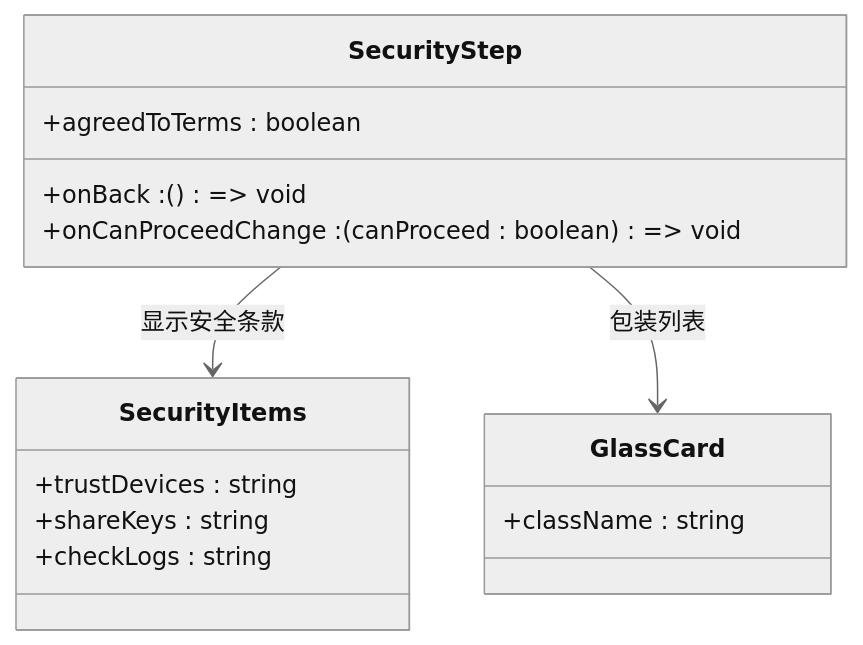
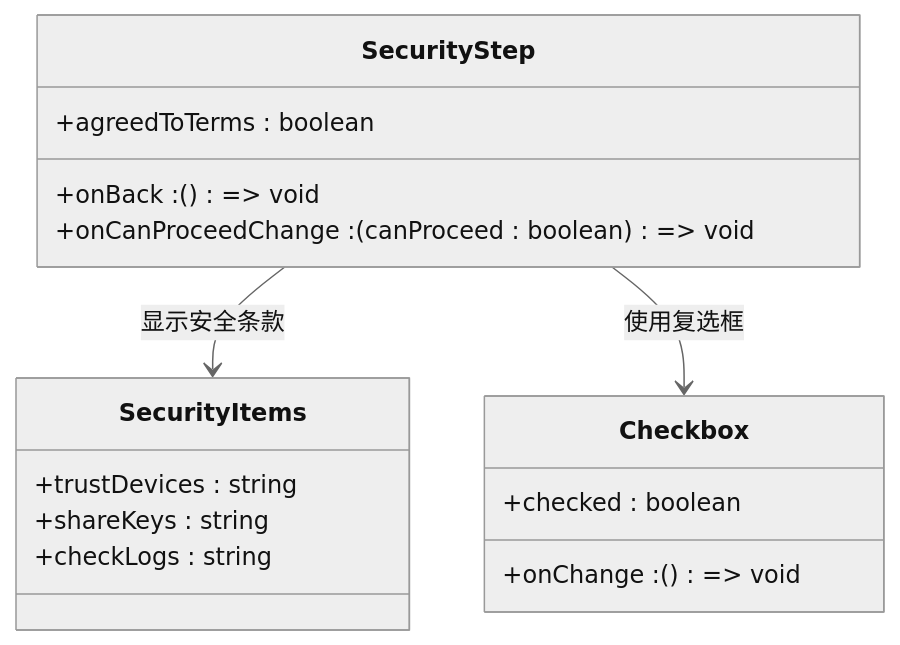
The ninth of 15 diagrams in .qoder/repowiki/zh/content/设置向导UI组件.md (verse-ai-org/openclaw), drawn with Mermaid (neutral theme) before and after one commit. The commit also changed other lines of this file and 24 other files, not shown here.

````diff
--- a/.qoder/repowiki/zh/content/设置向导UI组件.md
+++ b/.qoder/repowiki/zh/content/设置向导UI组件.md
@@ -441,18 +414,19 @@
 ```mermaid
 classDiagram
 class SecurityStep {
 +onBack : () => void
 +onCanProceedChange : (canProceed : boolean) => void
 +agreedToTerms : boolean
 }
 class SecurityItems {
 +trustDevices : string
 +shareKeys : string
 +checkLogs : string
 }
-class GlassCard {
-+className : string
+class Checkbox {
++checked : boolean
++onChange : () => void
 }
 SecurityStep --> SecurityItems : 显示安全条款
-SecurityStep --> GlassCard : 包装列表
+SecurityStep --> Checkbox : 使用复选框
 ```
````
